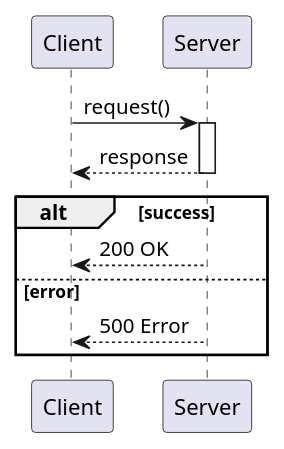
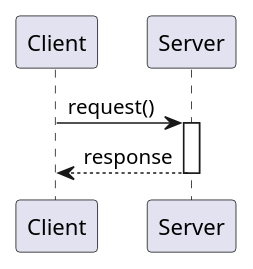
Before and after one commit to rubrical-studios/idpf-praxis-dist: the third of 4 diagrams in Skills/uml-generation/SKILL.md, drawn with PlantUML. The commit also changed other lines of this file and 267 other files, not shown here.

````diff
--- a/Skills/uml-generation/SKILL.md
+++ b/Skills/uml-generation/SKILL.md
@@ -49,15 +72,11 @@
 ```plantuml
 @startuml
 participant Client
 participant Server
+
 Client -> Server: request()
 activate Server
 Server --> Client: response
 deactivate Server
-alt success
-  Server --> Client: 200 OK
-else error
-  Server --> Client: 500 Error
-end
 @enduml
 ```
````
